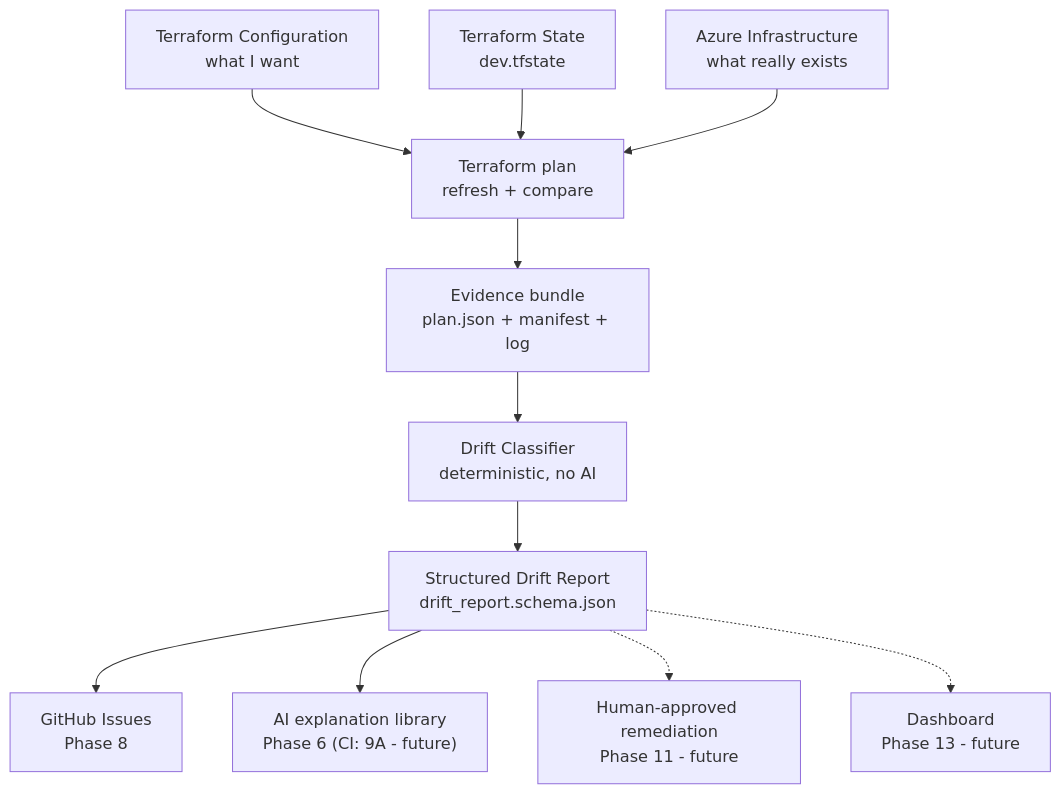
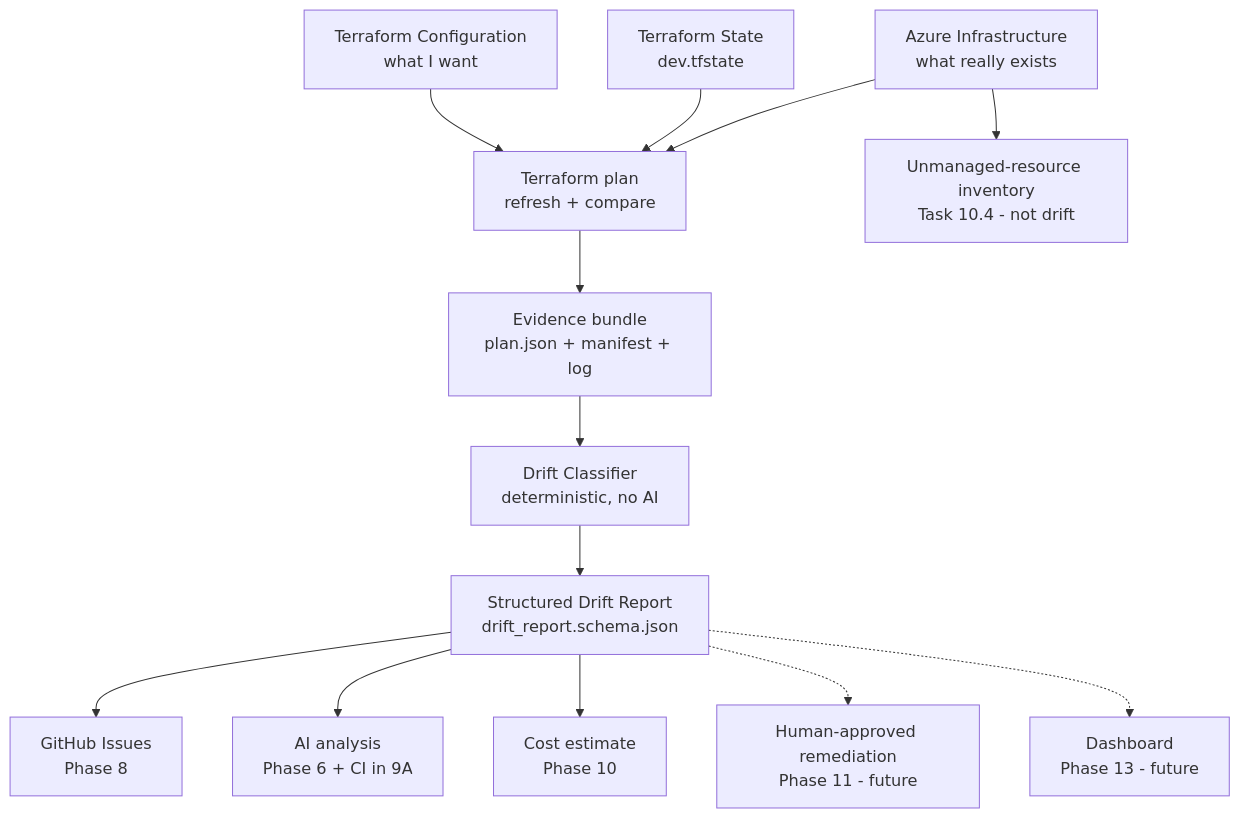
Before and after one commit to HarshAgarwal1102/ai-terraform-drift-detector: the first of 11 diagrams in docs/MASTER_PROJECT_GUIDE.md, drawn with Mermaid. The commit also changed other lines of this file and 4 other files, not shown here.

First line of the commit message:
docs: close Tasks 10.3 and 10.4 and update project roadmap

````diff
--- a/docs/MASTER_PROJECT_GUIDE.md
+++ b/docs/MASTER_PROJECT_GUIDE.md
@@ -132,13 +135,15 @@
 ```mermaid
 flowchart TD
     CFG["Terraform Configuration<br/>what I want"] --> TF["Terraform plan<br/>refresh + compare"]
     STATE["Terraform State<br/>dev.tfstate"] --> TF
     AZ["Azure Infrastructure<br/>what really exists"] --> TF
     TF --> EV["Evidence bundle<br/>plan.json + manifest + log"]
     EV --> CL["Drift Classifier<br/>deterministic, no AI"]
     CL --> RES["Structured Drift Report<br/>drift_report.schema.json"]
     RES --> GH["GitHub Issues<br/>Phase 8"]
-    RES --> AI["AI explanation library<br/>Phase 6 (CI: 9A - future)"]
+    RES --> AI["AI analysis<br/>Phase 6 + CI in 9A"]
+    RES --> COST["Cost estimate<br/>Phase 10"]
+    AZ --> UNM["Unmanaged-resource inventory<br/>Task 10.4 - not drift"]
     RES -.-> FIX["Human-approved remediation<br/>Phase 11 - future"]
     RES -.-> DASH["Dashboard<br/>Phase 13 - future"]
 ```
````
